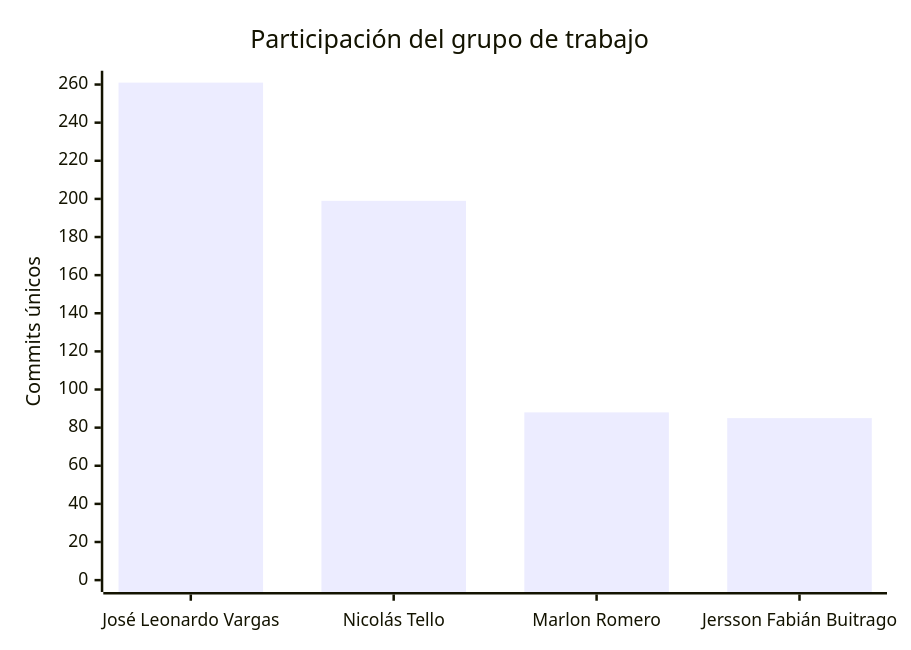
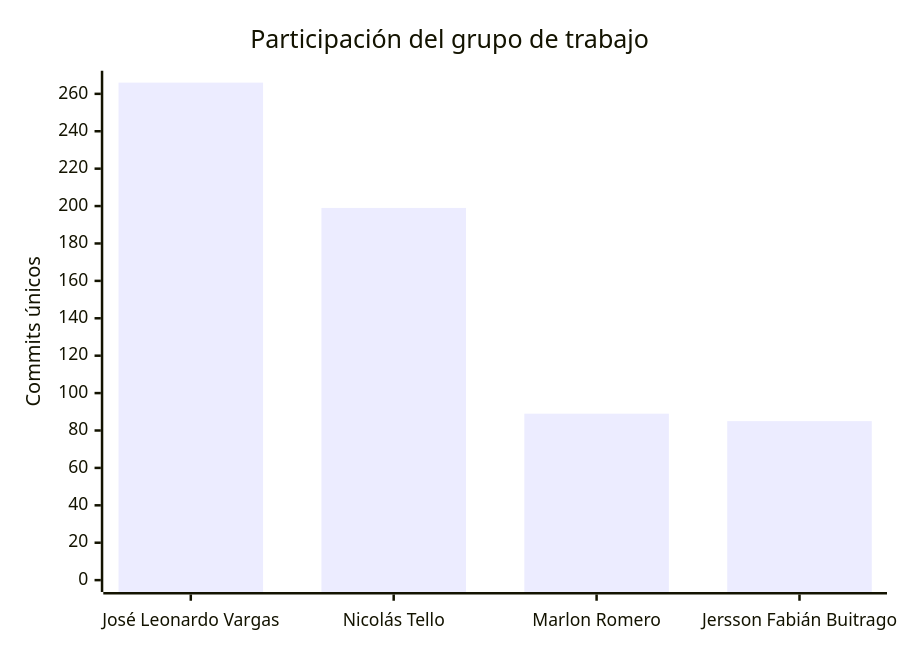
Before and after one commit to FarmaExpres/FarmaExpres: the second of 2 diagrams in README.md, drawn with Mermaid. The commit also changed other lines of this file and 1 other file, not shown here.

````diff
--- a/README.md
+++ b/README.md
@@ -401,7 +401,7 @@
 ```mermaid
 xychart-beta
     title "Participación del grupo de trabajo"
     x-axis ["José Leonardo Vargas", "Nicolás Tello", "Marlon Romero", "Jersson Fabián Buitrago"]
-    y-axis "Commits únicos" 0 --> 261
-    bar [261, 199, 88, 85]
+    y-axis "Commits únicos" 0 --> 266
+    bar [266, 199, 89, 85]
 ```
````
